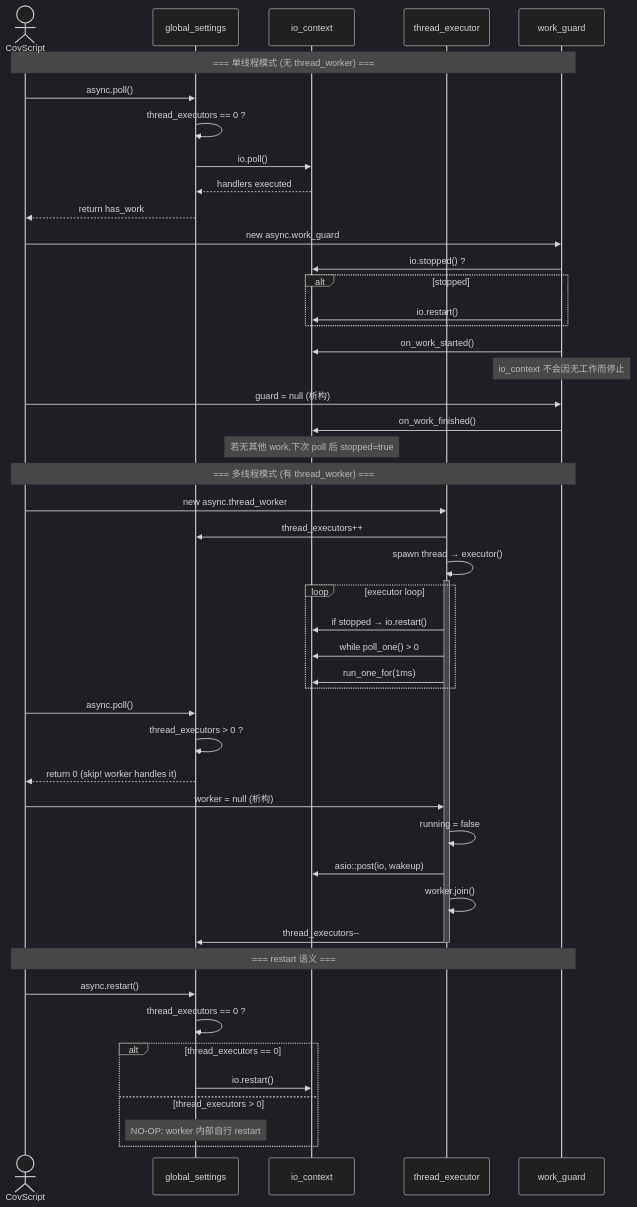
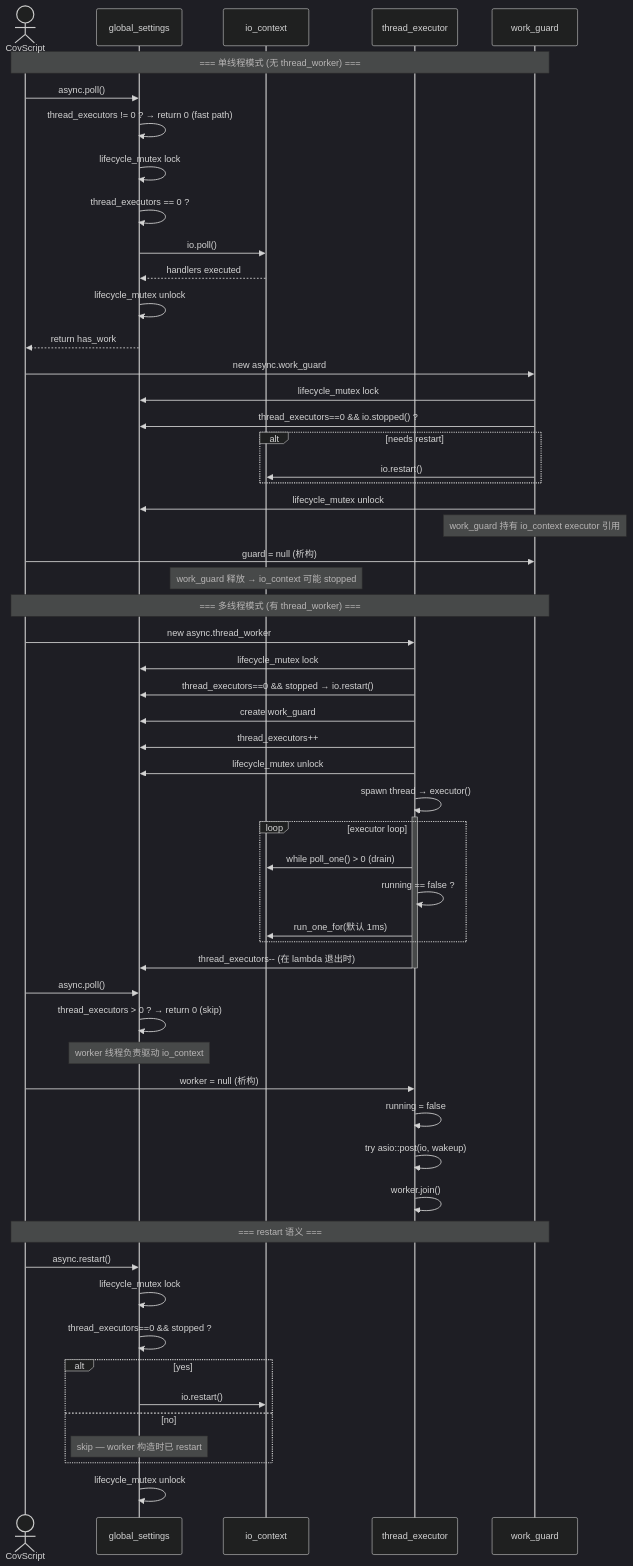
The seventh of 9 diagrams in docs/async-architecture.md (covscript/covscript-network), drawn with Mermaid (dark theme) before and after one commit. The commit also changed other lines of this file and 23 other files, not shown here.

````diff
--- a/docs/async-architecture.md
+++ b/docs/async-architecture.md
@@ -284,59 +303,68 @@
 ```mermaid
 sequenceDiagram
     actor Script as CovScript
     participant GL as global_settings
     participant IO as io_context
     participant Worker as thread_executor
     participant WG as work_guard
 
     Note over Script,WG: === 单线程模式 (无 thread_worker) ===
     Script->>GL: async.poll()
+    GL->>GL: thread_executors != 0 ? → return 0 (fast path)
+    GL->>GL: lifecycle_mutex lock
     GL->>GL: thread_executors == 0 ?
     GL->>IO: io.poll()
     IO-->>GL: handlers executed
+    GL->>GL: lifecycle_mutex unlock
     GL-->>Script: return has_work
 
     Script->>WG: new async.work_guard
-    WG->>IO: io.stopped() ?
-    alt stopped
+    WG->>GL: lifecycle_mutex lock
+    WG->>GL: thread_executors==0 && io.stopped() ?
+    alt needs restart
         WG->>IO: io.restart()
     end
-    WG->>IO: on_work_started()
-    Note over WG: io_context 不会因无工作而停止
+    WG->>GL: lifecycle_mutex unlock
+    Note over WG: work_guard 持有 io_context executor 引用
 
     Script->>WG: guard = null (析构)
-    WG->>IO: on_work_finished()
-    Note over IO: 若无其他 work,下次 poll 后 stopped=true
+    Note over IO: work_guard 释放 → io_context 可能 stopped
 
     Note over Script,WG: === 多线程模式 (有 thread_worker) ===
     Script->>Worker: new async.thread_worker
+    Worker->>GL: lifecycle_mutex lock
+    Worker->>GL: thread_executors==0 && stopped → io.restart()
+    Worker->>GL: create work_guard
     Worker->>GL: thread_executors++
+    Worker->>GL: lifecycle_mutex unlock
     Worker->>Worker: spawn thread → executor()
     activate Worker
 
     loop executor loop
-        Worker->>IO: if stopped → io.restart()
-        Worker->>IO: while poll_one() > 0
-        Worker->>IO: run_one_for(1ms)
+        Worker->>IO: while poll_one() > 0 (drain)
+        Worker->>Worker: running == false ?
+        Worker->>IO: run_one_for(默认 1ms)
     end
+    Worker->>GL: thread_executors-- (在 lambda 退出时)
+    deactivate Worker
 
     Script->>GL: async.poll()
-    GL->>GL: thread_executors > 0 ?
-    GL-->>Script: return 0 (skip! worker handles it)
+    GL->>GL: thread_executors > 0 ? → return 0 (skip)
+    Note over GL: worker 线程负责驱动 io_context
 
     Script->>Worker: worker = null (析构)
     Worker->>Worker: running = false
-    Worker->>IO: asio::post(io, wakeup)
+    Worker->>Worker: try asio::post(io, wakeup)
     Worker->>Worker: worker.join()
-    Worker->>GL: thread_executors--
-    deactivate Worker
 
     Note over Script,WG: === restart 语义 ===
     Script->>GL: async.restart()
-    GL->>GL: thread_executors == 0 ?
-    alt thread_executors == 0
+    GL->>GL: lifecycle_mutex lock
+    GL->>GL: thread_executors==0 && stopped ?
+    alt yes
         GL->>IO: io.restart()
-    else thread_executors > 0
-        Note over GL: NO-OP: worker 内部自行 restart
+    else no
+        Note over GL: skip — worker 构造时已 restart
     end
+    GL->>GL: lifecycle_mutex unlock
 ```
````
